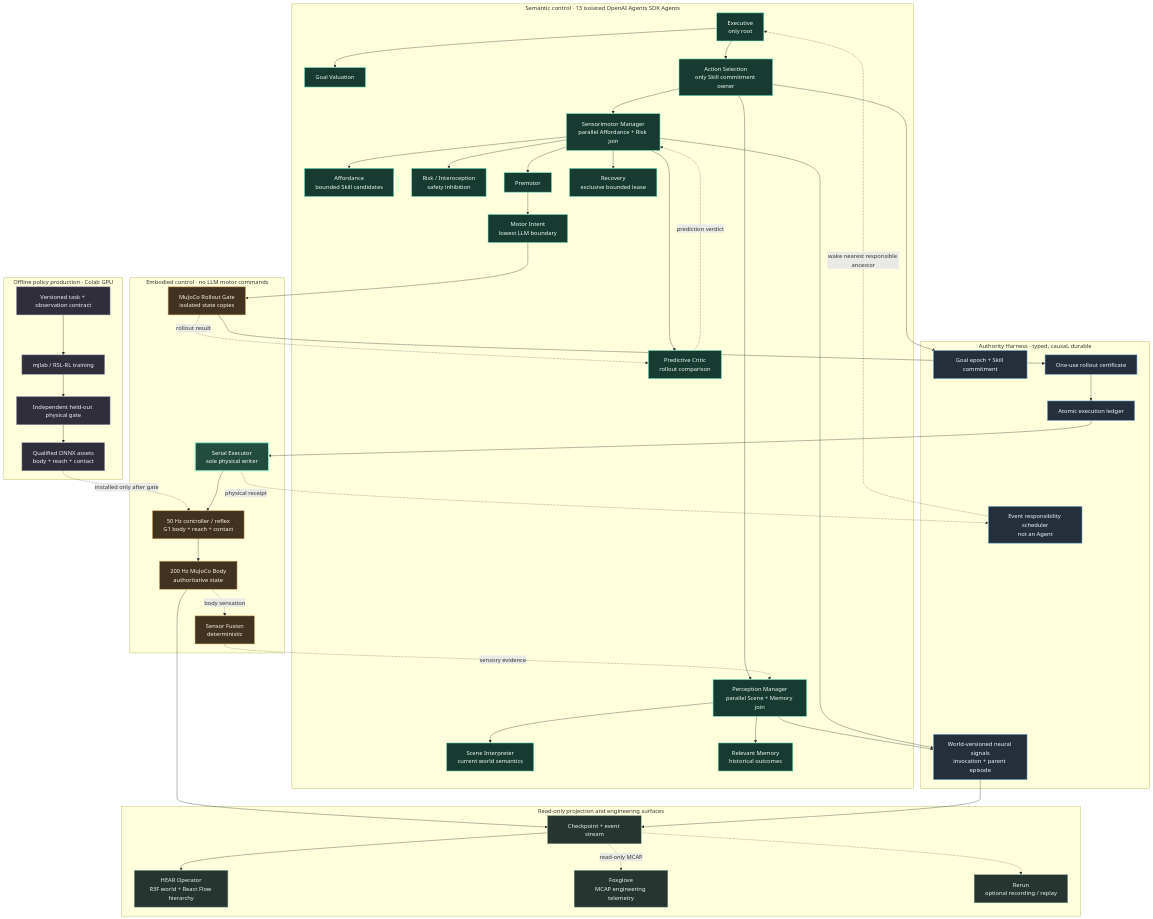
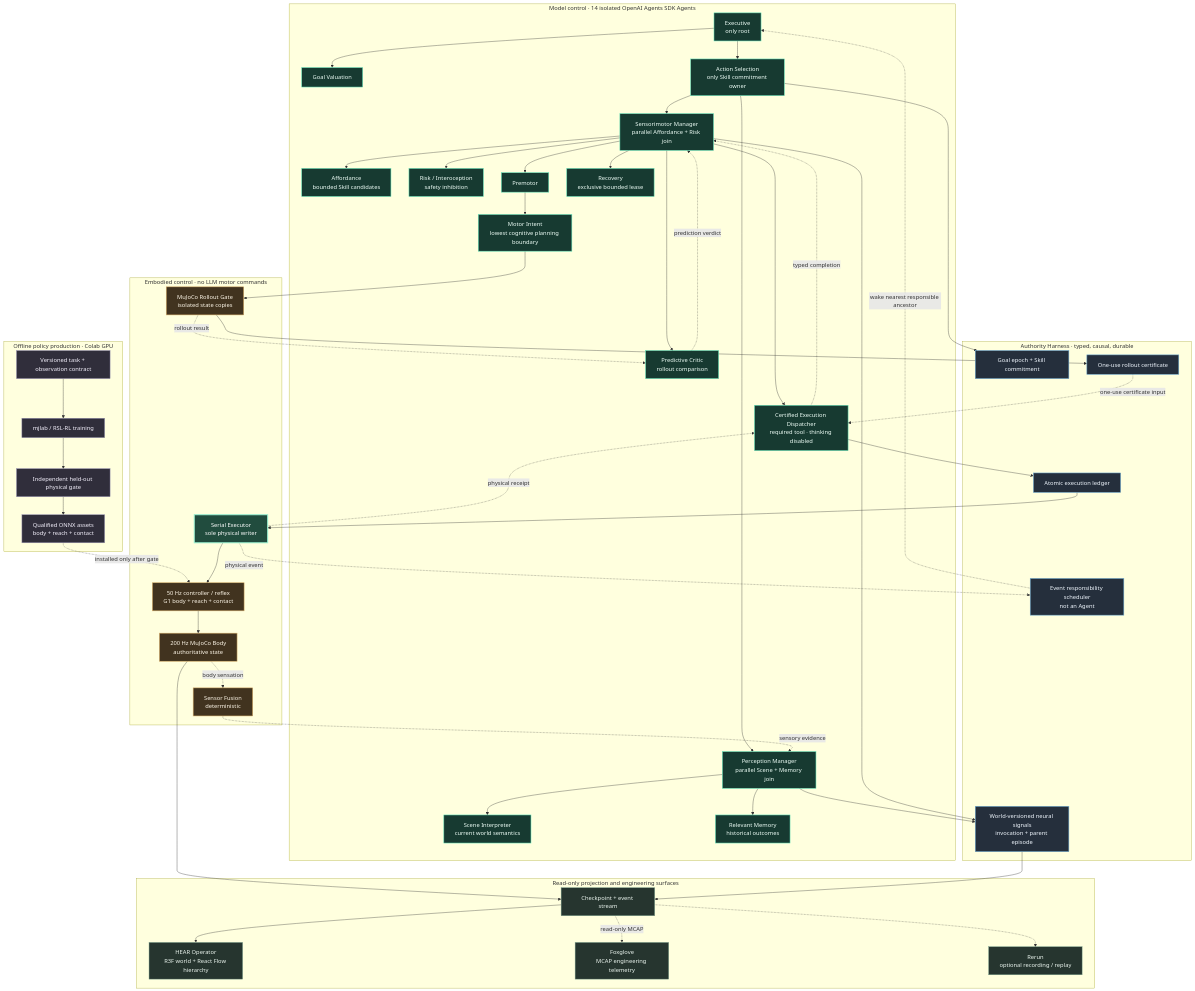
Before and after one commit to multi-zhangyang/hear-3d-robot: the diagram in docs/architecture/system-overview.md, drawn with Mermaid. The commit also changed other lines of this file and 19 other files, not shown here.

Commit message:
feat: add certified neural execution dispatcher

```diff
--- a/docs/architecture/system-overview.md
+++ b/docs/architecture/system-overview.md
@@ -19,7 +19,7 @@
       CONTRACT --> TRAIN --> GATE --> POLICY
     end
 
-    subgraph CORTEX["Semantic control · 13 isolated OpenAI Agents SDK Agents"]
+    subgraph CORTEX["Model control · 14 isolated OpenAI Agents SDK Agents"]
       EXEC["Executive<br/>only root"]
       GOAL["Goal Valuation"]
       SELECT["Action Selection<br/>only Skill commitment owner"]
@@ -31,7 +31,8 @@
       RISK["Risk / Interoception<br/>safety inhibition"]
       PREDICTIVE["Predictive Critic<br/>rollout comparison"]
       PREMOTOR["Premotor"]
-      INTENT["Motor Intent<br/>lowest LLM boundary"]
+      INTENT["Motor Intent<br/>lowest cognitive planning boundary"]
+      DISPATCH["Certified Execution Dispatcher<br/>required tool · thinking disabled"]
       RECOVERY["Recovery<br/>exclusive bounded lease"]
 
       EXEC --> GOAL
@@ -44,6 +45,7 @@
       SENSORIMOTOR --> RISK
       SENSORIMOTOR --> PREDICTIVE
       SENSORIMOTOR --> PREMOTOR --> INTENT
+      SENSORIMOTOR --> DISPATCH
       SENSORIMOTOR --> RECOVERY
     end
 
@@ -78,13 +80,17 @@
     SENSORIMOTOR --> SIGNALS
     SELECT --> COMMIT
     INTENT --> ROLLOUT
-    ROLLOUT --> CERT --> LEDGER --> WRITER
+    ROLLOUT --> CERT
+    CERT -. "one-use certificate input" .-> DISPATCH
+    DISPATCH --> LEDGER --> WRITER
     WRITER --> CONTROL --> PLANT
     PLANT -. "body sensation" .-> FUSION
     FUSION -. "sensory evidence" .-> PERCEPTION
     ROLLOUT -. "rollout result" .-> PREDICTIVE
     PREDICTIVE -. "prediction verdict" .-> SENSORIMOTOR
-    WRITER -. "physical receipt" .-> SCHED
+    WRITER -. "physical receipt" .-> DISPATCH
+    DISPATCH -. "typed completion" .-> SENSORIMOTOR
+    WRITER -. "physical event" .-> SCHED
     SCHED -. "wake nearest responsible ancestor" .-> EXEC
     PLANT --> API
     SIGNALS --> API
@@ -95,7 +101,7 @@
     classDef writer fill:#214c3e,stroke:#9bf3d4,color:#ffffff,stroke-width:2.8px
     classDef offline fill:#302e3b,stroke:#9a95b5,color:#f6f3ff,stroke-width:1.3px
     classDef ui fill:#26352f,stroke:#7ca38f,color:#edf7f1,stroke-width:1.2px
-    class EXEC,GOAL,SELECT,PERCEPTION,SCENE,MEMORY,SENSORIMOTOR,AFFORDANCE,RISK,PREDICTIVE,PREMOTOR,INTENT,RECOVERY agent
+    class EXEC,GOAL,SELECT,PERCEPTION,SCENE,MEMORY,SENSORIMOTOR,AFFORDANCE,RISK,PREDICTIVE,PREMOTOR,INTENT,DISPATCH,RECOVERY agent
     class SIGNALS,COMMIT,SCHED,CERT,LEDGER harness
     class FUSION,ROLLOUT,CONTROL,PLANT physical
     class WRITER writer
```
